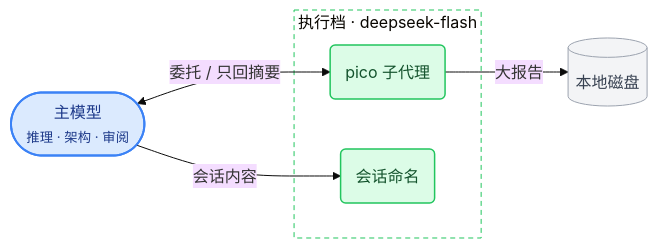
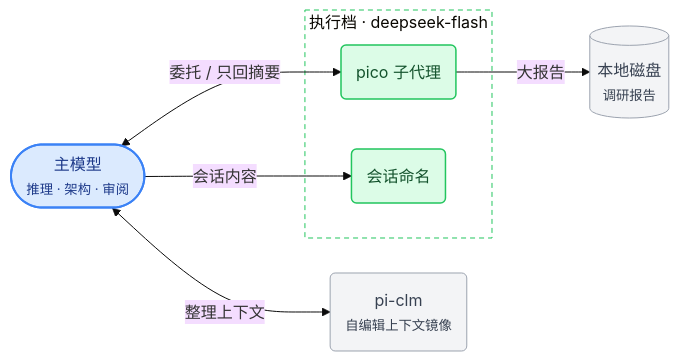
Before and after one commit to Jerry2003sky/pi-playbook: the diagram in README.md, drawn with Mermaid (base theme). The commit also changed other lines of this file and 13 other files, not shown here.

````diff
--- a/README.md
+++ b/README.md
@@ -9,23 +15,25 @@
 ```mermaid
 flowchart LR
     M(["主模型<br/><small>推理 · 架构 · 审阅</small>"])
+    C("pi-clm<br/><small>自编辑上下文镜像</small>")
 
     subgraph cheap ["执行档 · deepseek-flash"]
         P("pico 子代理")
         N("会话命名")
     end
 
-    D[("本地磁盘")]
+    D[("本地磁盘<br/><small>调研报告</small>")]
 
+    M <-- 整理上下文 --> C
     M <-- 委托 / 只回摘要 --> P
     P -- 大报告 --> D
     M -- 会话内容 --> N
 
     classDef main fill:#dbeafe,stroke:#3b82f6,stroke-width:2px,color:#1e3a8a
     classDef cheapN fill:#dcfce7,stroke:#22c55e,stroke-width:1.5px,color:#14532d
     classDef store fill:#f3f4f6,stroke:#9ca3af,color:#374151
     class M main
     class P,N cheapN
-    class D store
+    class C,D store
     style cheap fill:none,stroke:#22c55e,stroke-dasharray:5 4
 ```
````
